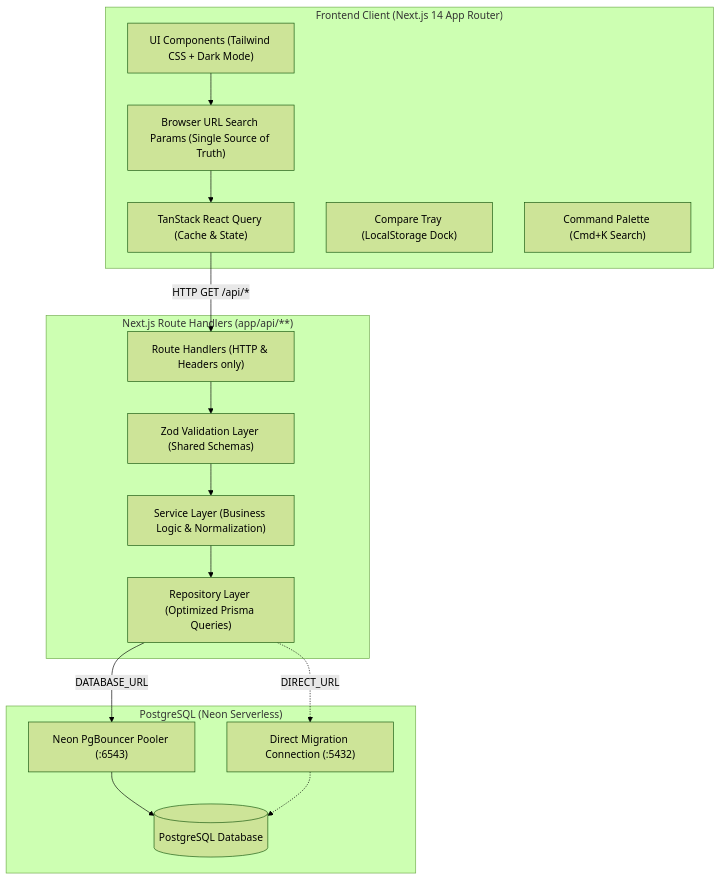
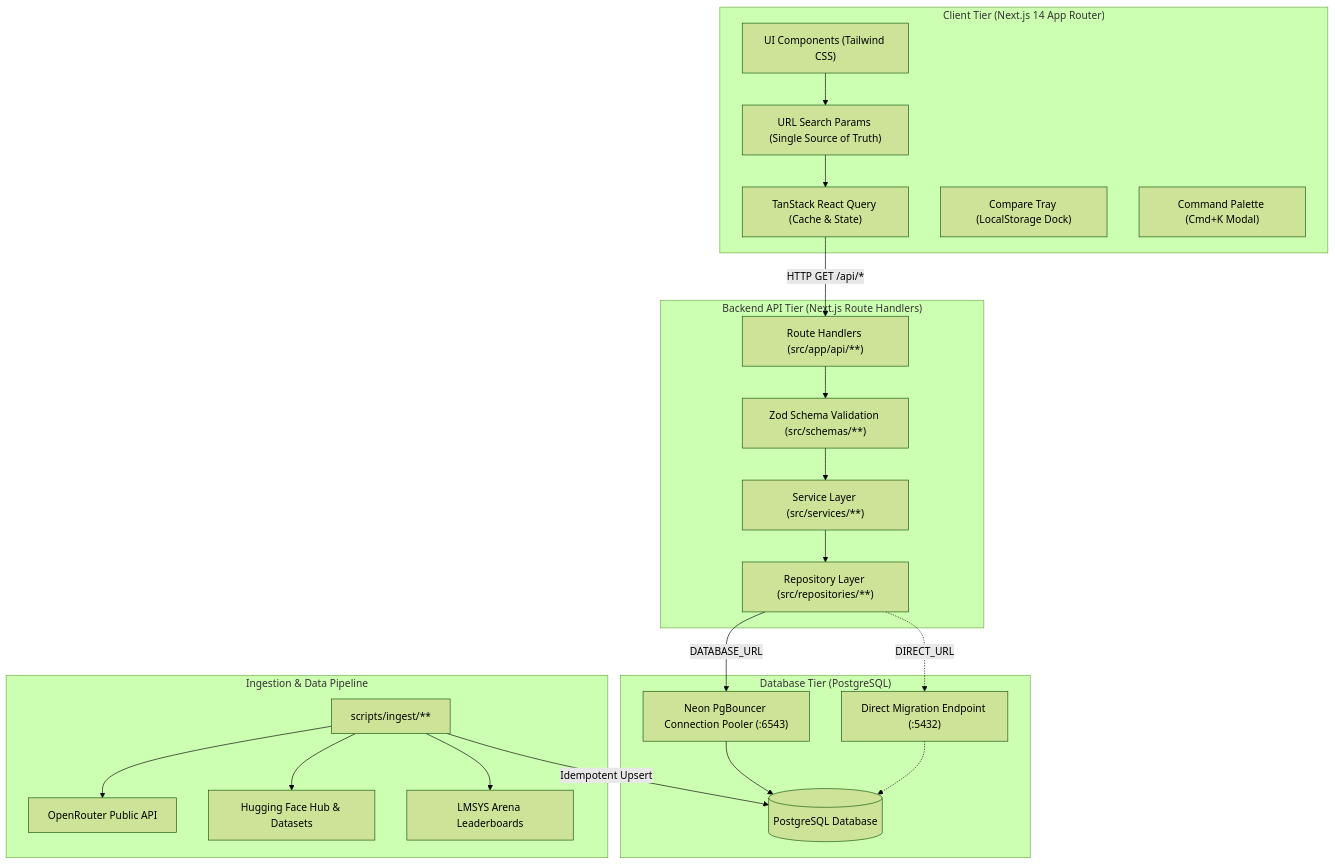
One commit to Swagat108/OneAtlas changed the first of 2 diagrams in README.md. Above: the diagram before and after it, drawn with Mermaid (forest theme). The commit also changed other lines of this file and 6 other files, not shown here.

````diff
--- a/README.md
+++ b/README.md
@@ -9,34 +126,46 @@
 ```mermaid
 flowchart TD
-    subgraph Client["Frontend Client (Next.js 14 App Router)"]
-        UI["UI Components (Tailwind CSS + Dark Mode)"]
-        URL["Browser URL Search Params (Single Source of Truth)"]
+    subgraph Client["Client Tier (Next.js 14 App Router)"]
+        UI["UI Components (Tailwind CSS)"]
+        URL["URL Search Params (Single Source of Truth)"]
         RQ["TanStack React Query (Cache & State)"]
         TRAY["Compare Tray (LocalStorage Dock)"]
-        CMD["Command Palette (Cmd+K Search)"]
+        CMD["Command Palette (Cmd+K Modal)"]
     end
 
-    subgraph API["Next.js Route Handlers (app/api/**)"]
-        RH["Route Handlers (HTTP & Headers only)"]
-        ZOD["Zod Validation Layer (Shared Schemas)"]
-        SVC["Service Layer (Business Logic & Normalization)"]
-        REPO["Repository Layer (Optimized Prisma Queries)"]
+    subgraph API["Backend API Tier (Next.js Route Handlers)"]
+        RH["Route Handlers (src/app/api/**)"]
+        ZOD["Zod Schema Validation (src/schemas/**)"]
+        SVC["Service Layer (src/services/**)"]
+        REPO["Repository Layer (src/repositories/**)"]
     end
 
-    subgraph Database["PostgreSQL (Neon Serverless)"]
-        POOL["Neon PgBouncer Pooler (:6543)"]
-        DIRECT["Direct Migration Connection (:5432)"]
+    subgraph Database["Database Tier (PostgreSQL)"]
+        POOL["Neon PgBouncer Connection Pooler (:6543)"]
+        DIRECT["Direct Migration Endpoint (:5432)"]
         PG[("PostgreSQL Database")]
+    end
+
+    subgraph Pipeline["Ingestion & Data Pipeline"]
+        INGEST["scripts/ingest/**"]
+        OPENROUTER["OpenRouter Public API"]
+        HF["Hugging Face Hub & Datasets"]
+        LMSYS["LMSYS Arena Leaderboards"]
     end
 
     UI --> URL
     URL --> RQ
     RQ -->|HTTP GET /api/*| RH
     RH --> ZOD
     ZOD --> SVC
     SVC --> REPO
     REPO -->|DATABASE_URL| POOL
     POOL --> PG
     REPO -.->|DIRECT_URL| DIRECT
     DIRECT -.-> PG
+
+    INGEST --> OPENROUTER
+    INGEST --> HF
+    INGEST --> LMSYS
+    INGEST -->|Idempotent Upsert| PG
 ```
````
